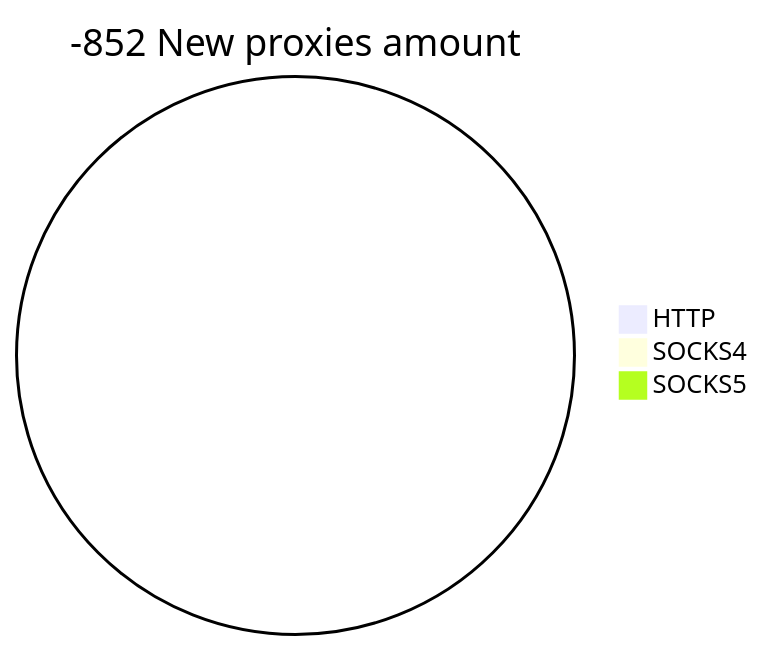
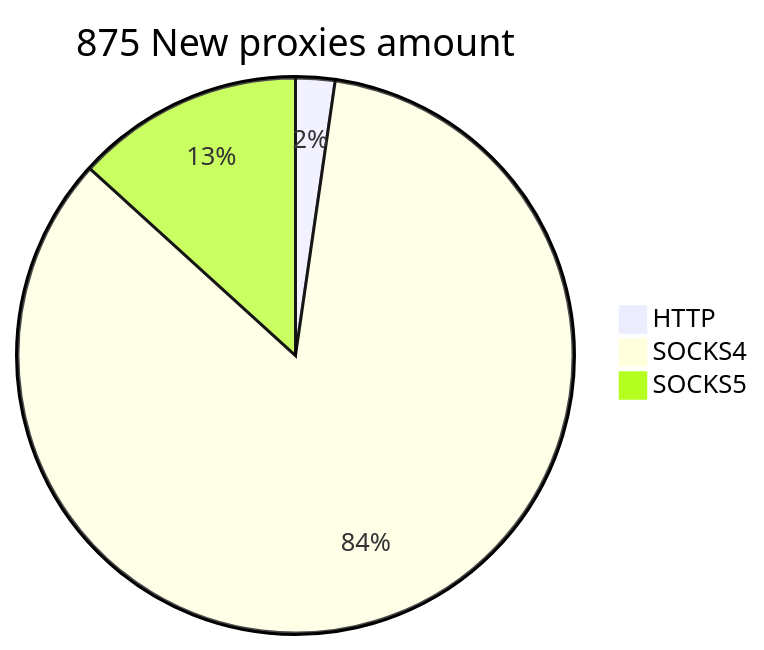
The second of 2 diagrams in README.md (cutipu/proxylist), drawn with Mermaid before and after one commit. The commit also changed other lines of this file, not shown here.

````diff
--- a/README.md
+++ b/README.md
@@ -10,6 +10,6 @@
 ```mermaid
-pie title -852 New proxies amount
-    "HTTP" : 0
-    "SOCKS4" : 0
-    "SOCKS5" : 0
+pie title 875 New proxies amount
+    "HTTP" : 20
+    "SOCKS4" : 739
+    "SOCKS5" : 116
 ```
````
